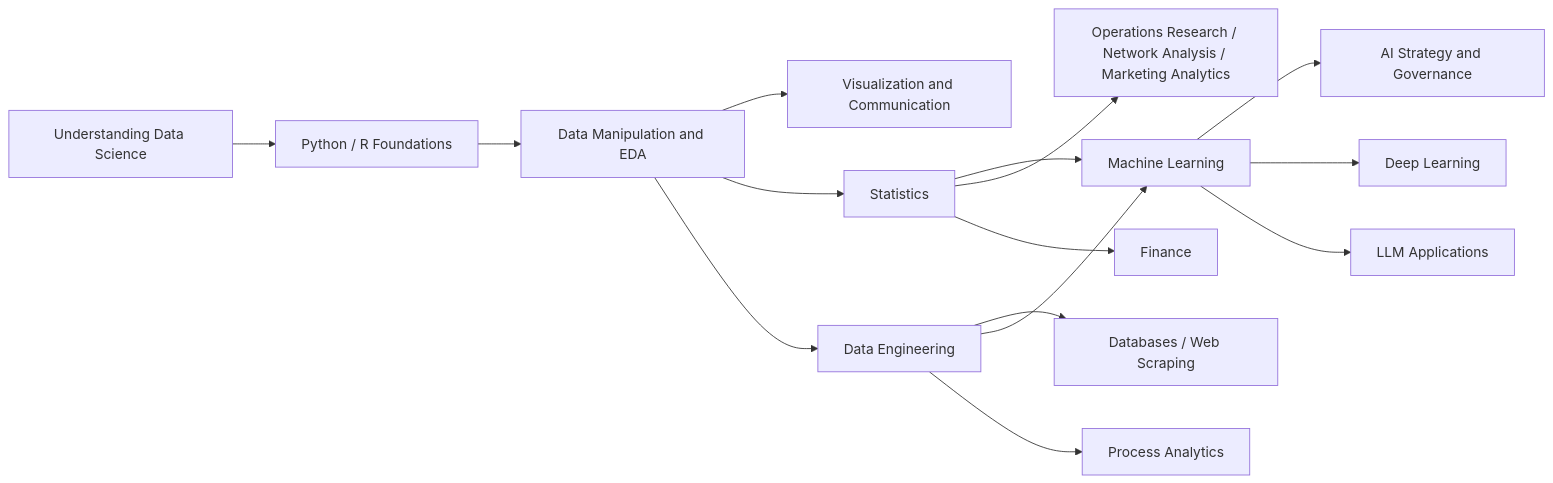
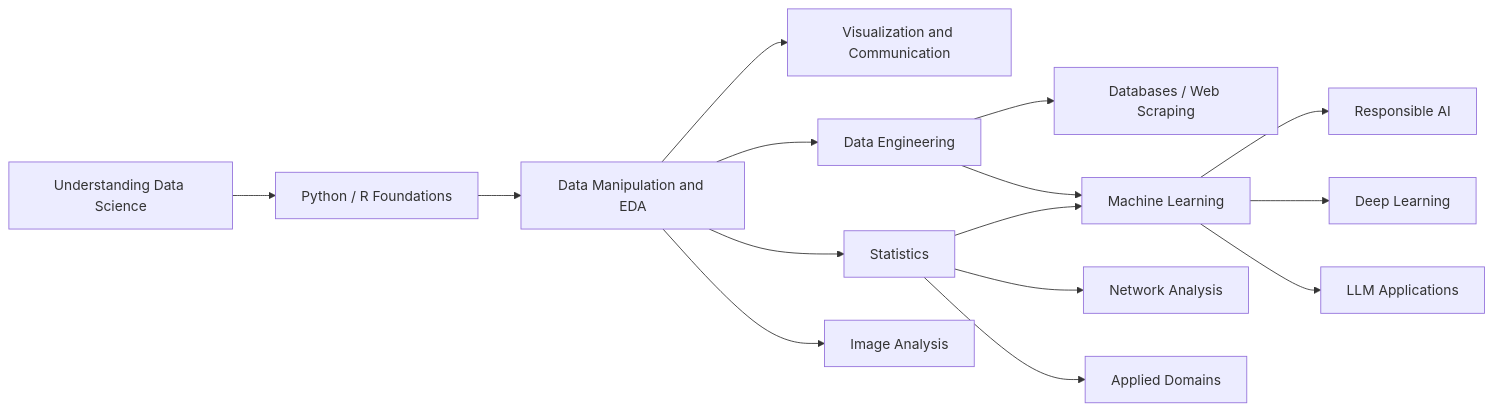
Before and after one commit to JohnnyFan0875/notebook: the diagram in data-science/README.md, drawn with Mermaid. The commit also changed other lines of this file and 70 other files, not shown here.

````diff
--- a/data-science/README.md
+++ b/data-science/README.md
@@ -39,17 +37,17 @@
 ```mermaid
 flowchart LR
     A[Understanding Data Science] --> B[Python / R Foundations]
     B --> C[Data Manipulation and EDA]
     C --> D[Visualization and Communication]
     C --> E[Statistics]
     C --> F[Data Engineering]
     F --> K[Databases / Web Scraping]
     E --> G[Machine Learning]
-    G --> L[AI Strategy and Governance]
+    G --> L[Responsible AI]
     F --> G
     G --> H[Deep Learning]
     G --> I[LLM Applications]
-    E --> J[Operations Research / Network Analysis / Marketing Analytics]
-    E --> M[Finance]
-    F --> N[Process Analytics]
+    E --> J[Network Analysis]
+    E --> M[Applied Domains]
+    C --> N[Image Analysis]
 ```
````
